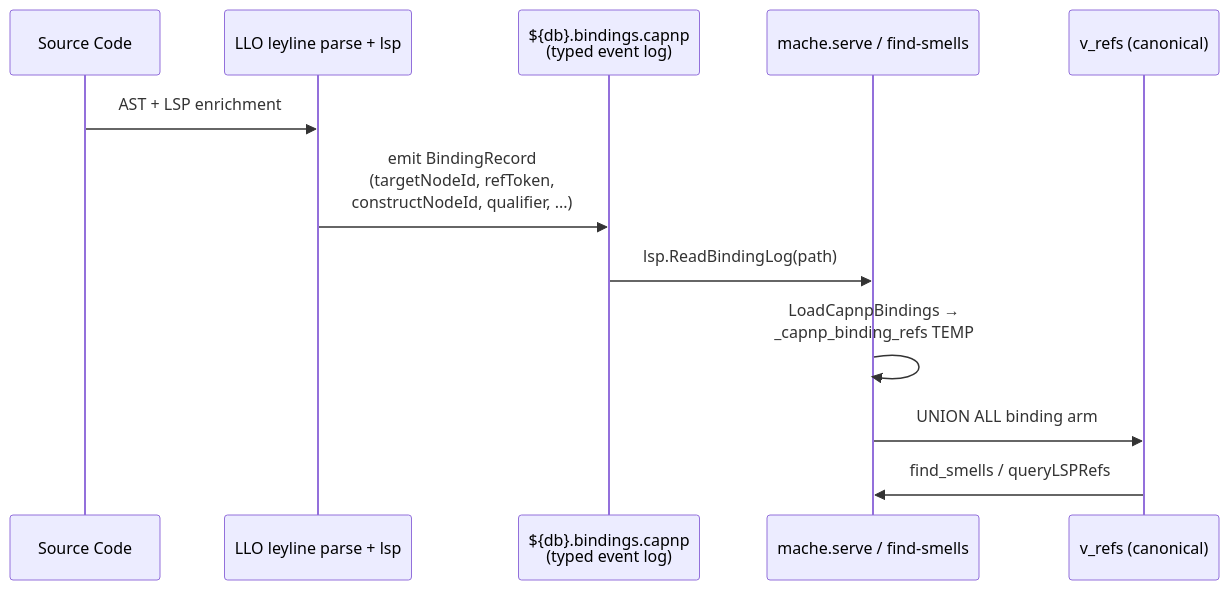
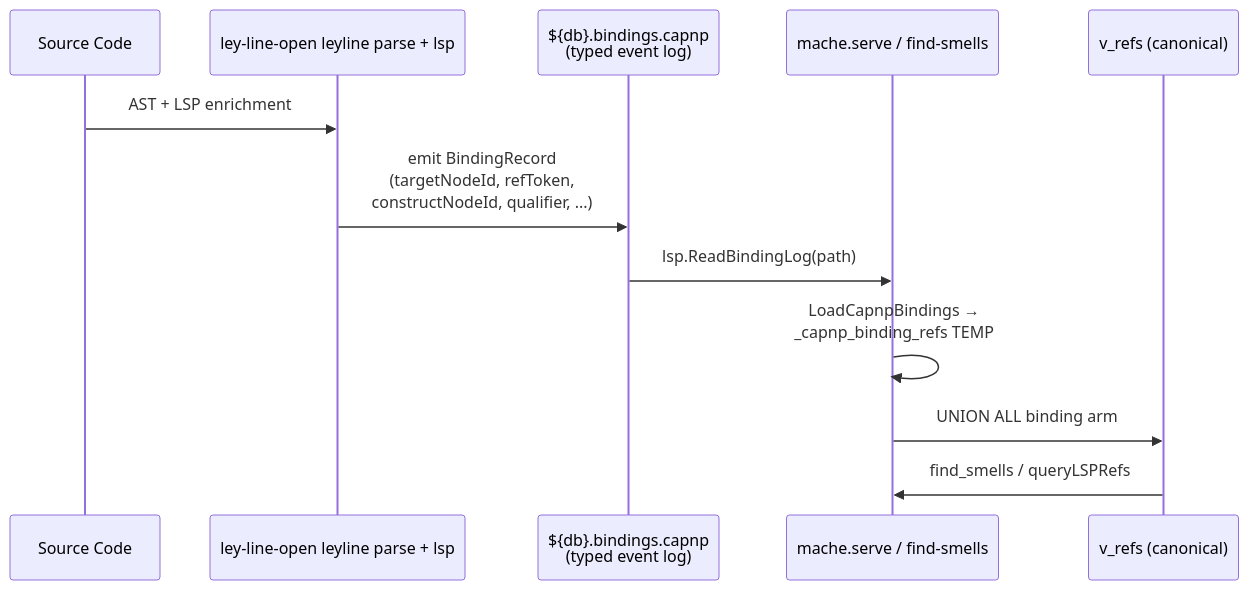
Before and after one commit to agentic-research/mache: the second of 2 diagrams in docs/ARCHITECTURE.md, drawn with Mermaid. The commit also changed other lines of this file and 6 other files, not shown here.

````diff
--- a/docs/ARCHITECTURE.md
+++ b/docs/ARCHITECTURE.md
@@ -129,15 +129,15 @@
 ```mermaid
 sequenceDiagram
     participant Source as Source Code
-    participant LLO as LLO leyline parse + lsp
+    participant ley-line-open as ley-line-open leyline parse + lsp
     participant Log as ${db}.bindings.capnp<br/>(typed event log)
     participant Mache as mache.serve / find-smells
     participant View as v_refs (canonical)
 
-    Source->>LLO: AST + LSP enrichment
-    LLO->>Log: emit BindingRecord<br/>(targetNodeId, refToken,<br/>constructNodeId, qualifier, ...)
+    Source->>ley-line-open: AST + LSP enrichment
+    ley-line-open->>Log: emit BindingRecord<br/>(targetNodeId, refToken,<br/>constructNodeId, qualifier, ...)
     Log->>Mache: lsp.ReadBindingLog(path)
     Mache->>Mache: LoadCapnpBindings →<br/>_capnp_binding_refs TEMP
     Mache->>View: UNION ALL binding arm
     View->>Mache: find_smells / queryLSPRefs
 ```
````
